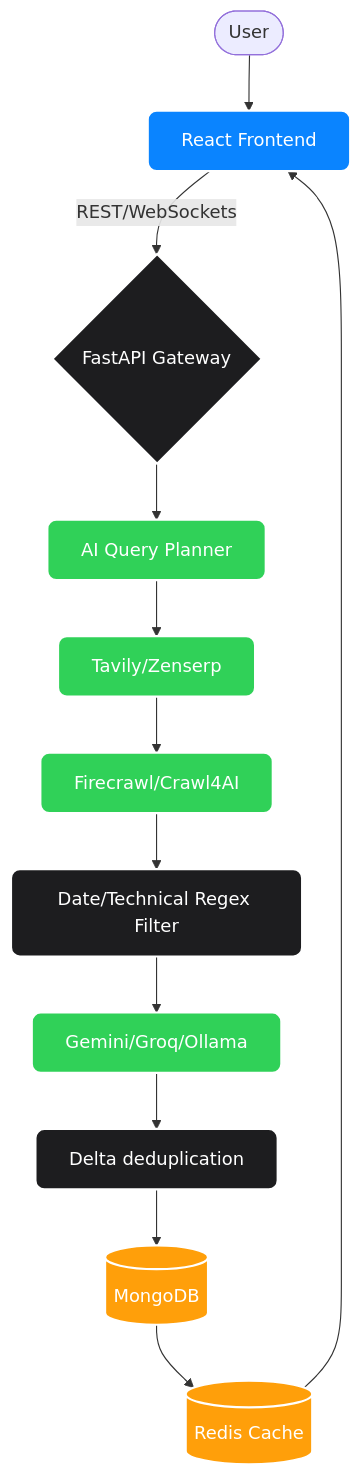
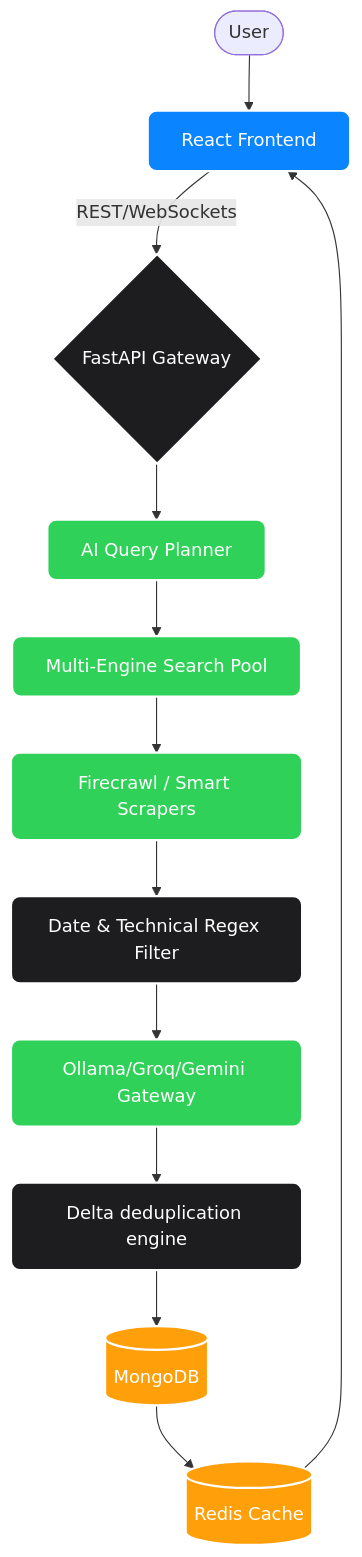
One commit to Deepukumar12/Market_Scout_Agent_Final changed the diagram in README.md. Above: the diagram before and after it, drawn with Mermaid. The commit also changed other lines of this file and 57 other files, not shown here.

Commit message:
added mistral AI client and overhauled analytics dashboard with new charts and components

````diff
--- a/README.md
+++ b/README.md
@@ -103,21 +104,21 @@
 ```mermaid
 graph TD
     classDef client fill:#0A84FF,stroke:#fff,stroke-width:2px,color:#fff,rx:8px,ry:8px;
     classDef processing fill:#1D1D1F,stroke:#fff,stroke-width:2px,color:#fff,rx:8px,ry:8px;
     classDef ai fill:#30D158,stroke:#fff,stroke-width:2px,color:#fff,rx:8px,ry:8px;
     classDef db fill:#FF9F0A,stroke:#fff,stroke-width:2px,color:#fff,rx:8px,ry:8px;
 
     User([User]) --> UI[React Frontend]:::client
     UI -->|REST/WebSockets| Gateway{FastAPI Gateway}:::processing
     
     Gateway --> Planner[AI Query Planner]:::ai
-    Planner --> Search[Tavily/Zenserp]:::ai
-    Search --> Scraper[Firecrawl/Crawl4AI]:::ai
-    Scraper --> Filter[Date/Technical Regex Filter]:::processing
-    Filter --> LLM[Gemini/Groq/Ollama]:::ai
-    LLM --> Delta[Delta deduplication]:::processing
+    Planner --> Search[Multi-Engine Search Pool]:::ai
+    Search --> Scraper[Firecrawl / Smart Scrapers]:::ai
+    Scraper --> Filter[Date & Technical Regex Filter]:::processing
+    Filter --> LLM[Ollama/Groq/Gemini Gateway]:::ai
+    LLM --> Delta[Delta deduplication engine]:::processing
     
     Delta --> MongoDB[(MongoDB)]:::db
     MongoDB --> Cache[(Redis Cache)]:::db
     Cache --> UI
 ```
````
